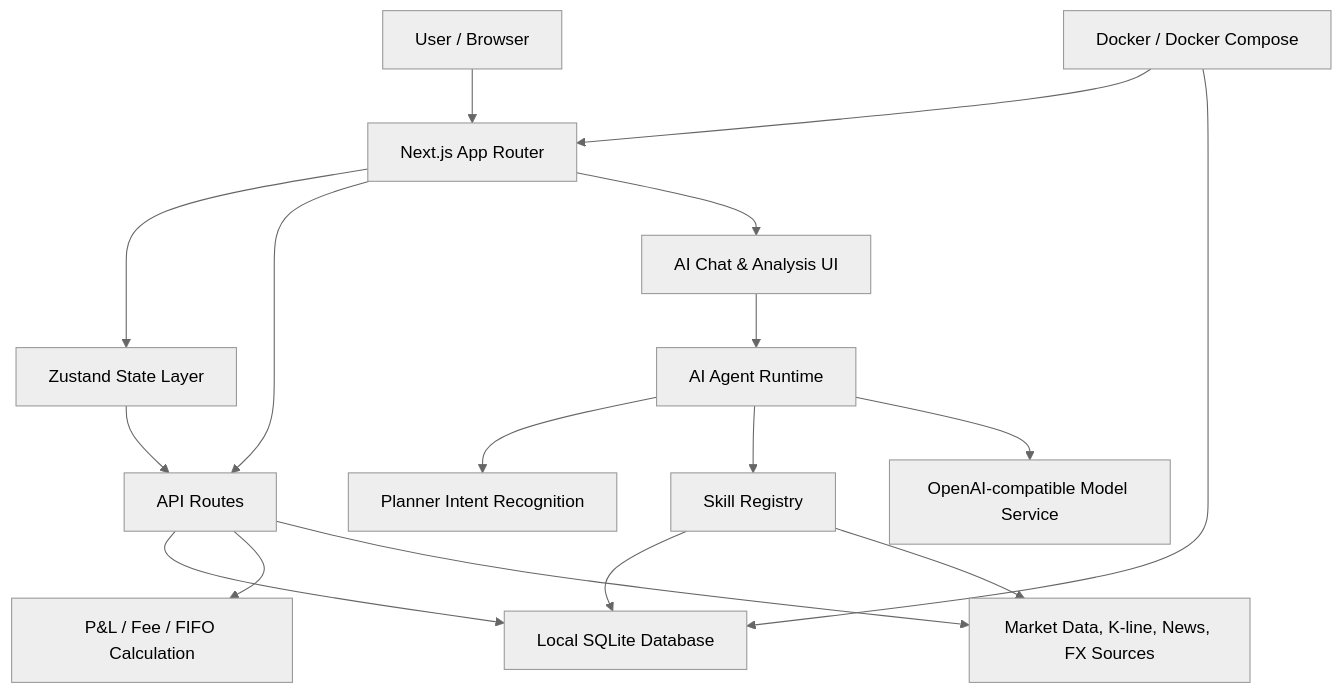
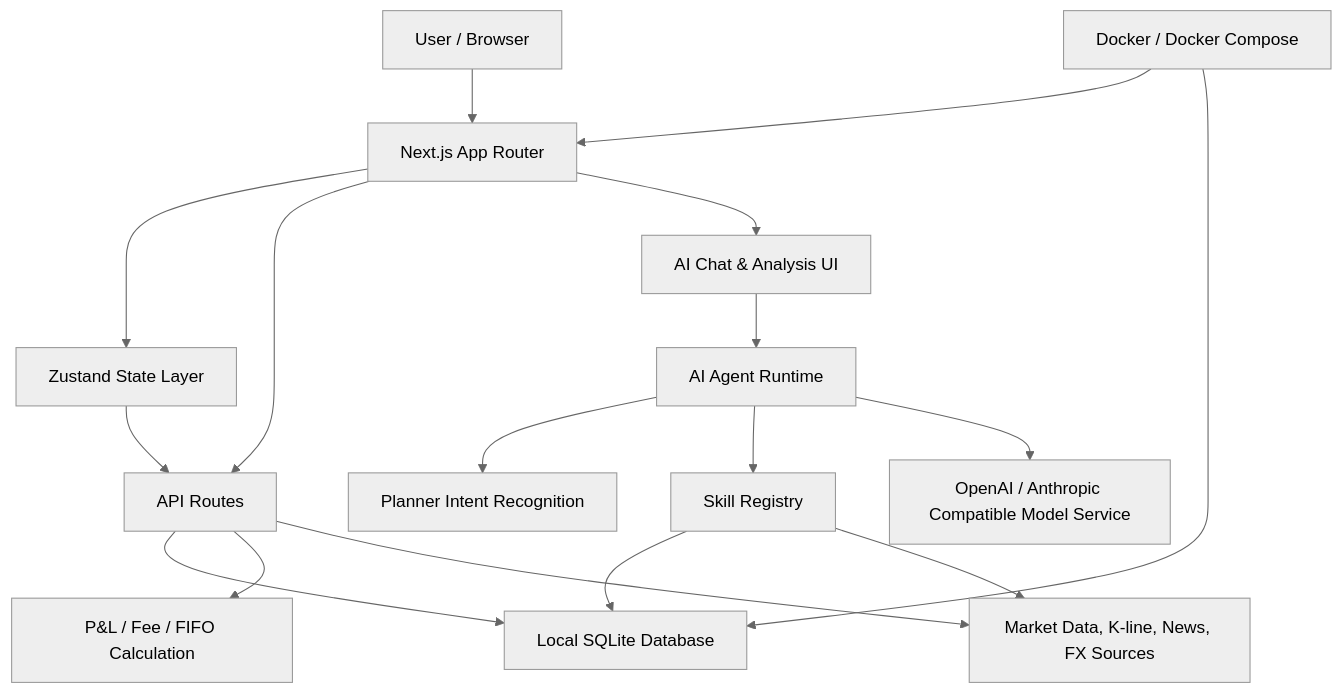
One commit to byte92/finance_sys changed the diagram in README_en.md. Above: the diagram before and after it, drawn with Mermaid (neutral theme). The commit also changed other lines of this file and 1 other file, not shown here.

````diff
--- a/README_en.md
+++ b/README_en.md
@@ -37,22 +40,22 @@
 ```mermaid
 flowchart TB
   User["User / Browser"] --> App["Next.js App Router"]
   App --> Store["Zustand State Layer"]
   App --> Api["API Routes"]
 
   Store --> Api
   Api --> SQLite["Local SQLite Database"]
   Api --> Finance["P&L / Fee / FIFO Calculation"]
   Api --> DataSources["Market Data, K-line, News, FX Sources"]
 
   App --> AgentUI["AI Chat & Analysis UI"]
   AgentUI --> Agent["AI Agent Runtime"]
   Agent --> Planner["Planner Intent Recognition"]
   Agent --> Skills["Skill Registry"]
   Skills --> SQLite
   Skills --> DataSources
-  Agent --> LLM["OpenAI-compatible Model Service"]
+  Agent --> LLM["OpenAI / Anthropic Compatible Model Service"]
 
   Docker["Docker / Docker Compose"] --> App
   Docker --> SQLite
 ```
````
